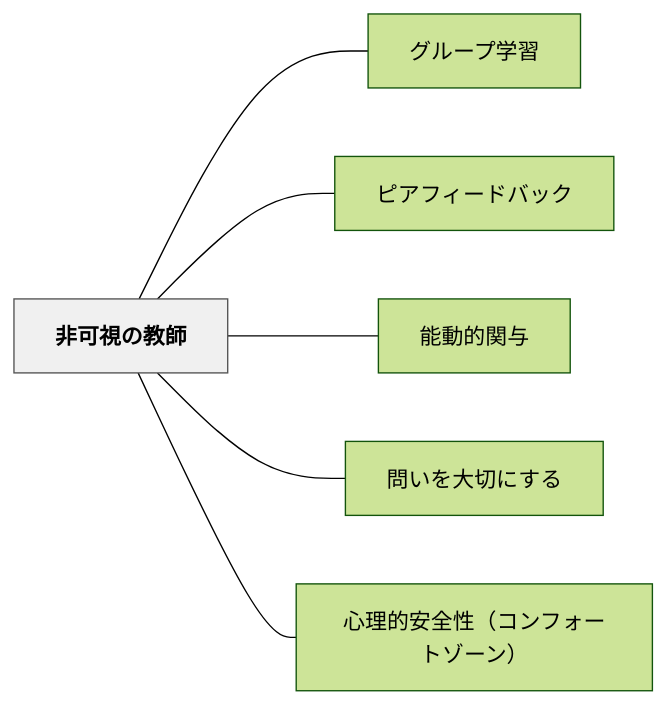
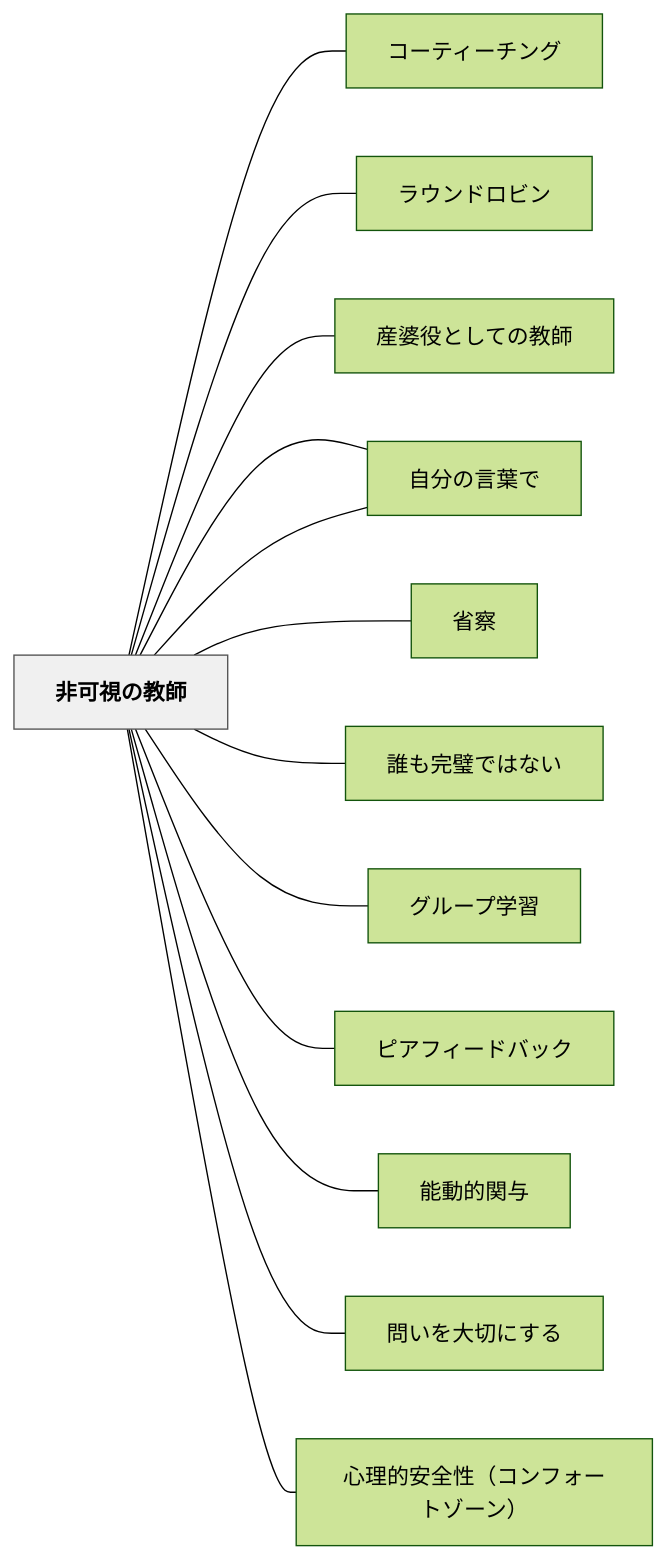
One commit to unknownthings-ed-patterns/unknownthings-ed-patterns changed the diagram in content/パタン/非可視の教師.md. Above: the diagram before and after it, drawn with Mermaid (forest theme). The commit also changed other lines of this file and 473 other files, not shown here.

````diff
--- a/content/パタン/非可視の教師.md
+++ b/content/パタン/非可視の教師.md
@@ -92,18 +99,32 @@
 ```mermaid
 flowchart LR
     ne99d9ee58faf["非可視の教師"]
+    ne382b3e383bc["コーティーチング"]
+    ne383a9e382a6["ラウンドロビン"]
+    ne794a3e5a986["産婆役としての教師"]
+    ne887aae58886["自分で探求する"]
+    ne887aae58886["自分の言葉で"]
+    ne79c81e5af9f["省察"]
+    ne8aab0e38282["誰も完璧ではない"]
     ne382b0e383ab["グループ学習"]
     ne38394e382a2["ピアフィードバック"]
     ne883bde58b95["能動的関与"]
     ne5958fe38184["問いを大切にする"]
     ne5bf83e79086["心理的安全性（コンフォートゾーン）"]
 
+    ne99d9ee58faf --- ne382b3e383bc
+    ne99d9ee58faf --- ne383a9e382a6
+    ne99d9ee58faf --- ne794a3e5a986
+    ne99d9ee58faf --- ne887aae58886
+    ne99d9ee58faf --- ne887aae58886
+    ne99d9ee58faf --- ne79c81e5af9f
+    ne99d9ee58faf --- ne8aab0e38282
     ne99d9ee58faf --- ne382b0e383ab
     ne99d9ee58faf --- ne38394e382a2
     ne99d9ee58faf --- ne883bde58b95
     ne99d9ee58faf --- ne5958fe38184
     ne99d9ee58faf --- ne5bf83e79086
 
     classDef hub fill:#f0f0f0,stroke:#555,color:#000,font-weight:bold
     class ne99d9ee58faf hub
 ```
````
